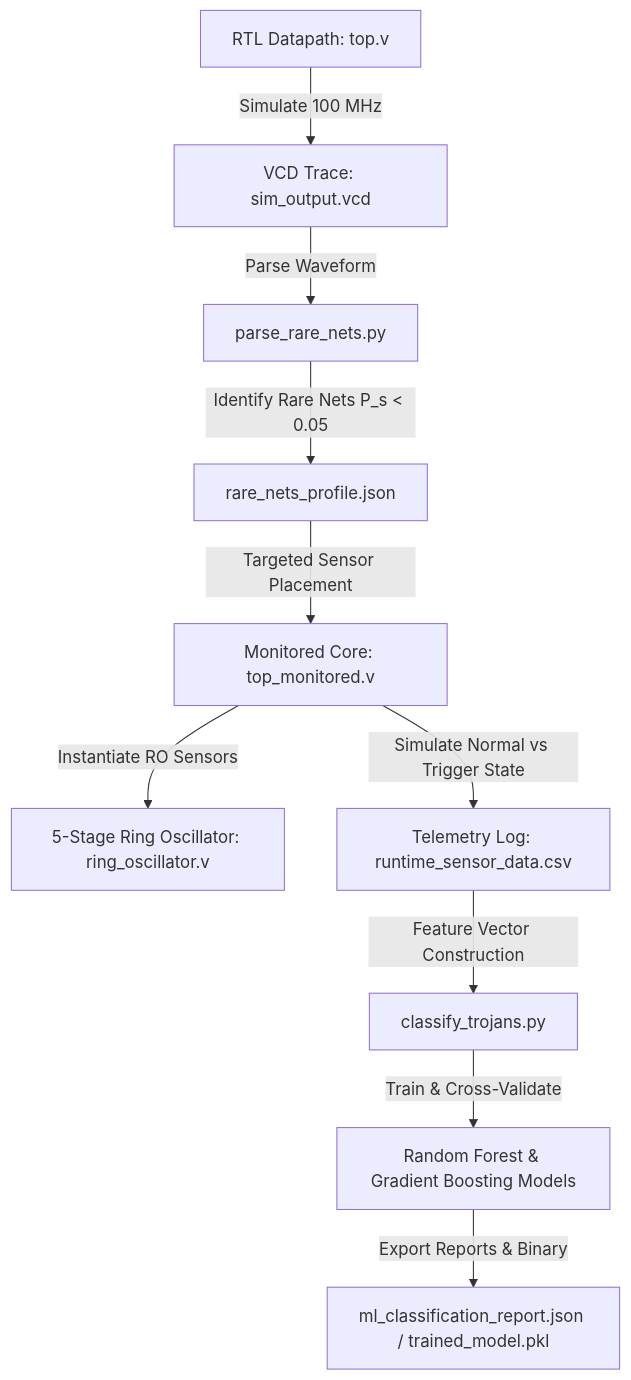
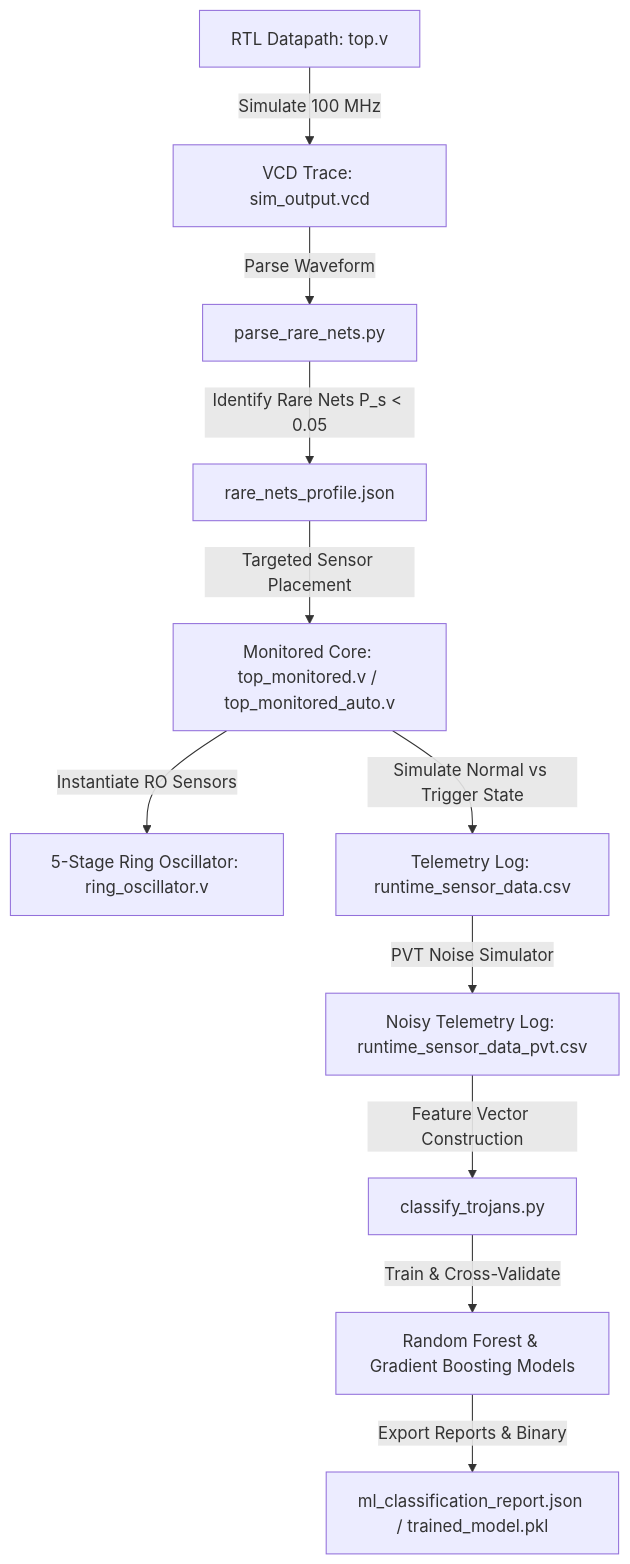
One commit to chandansaipavanpadala/spectra changed the diagram in README.md. Above: the diagram before and after it, drawn with Mermaid. The commit also changed other lines of this file and 21 other files, not shown here.

Commit message:
Add LP-RTM expansion suite: auto-instrumentation, PVT noise, and benchmark suite runner

````diff
--- a/README.md
+++ b/README.md
@@ -48,12 +48,13 @@
 ```mermaid
 graph TD
     A[RTL Datapath: top.v] -->|Simulate 100 MHz| B[VCD Trace: sim_output.vcd]
     B -->|Parse Waveform| C[parse_rare_nets.py]
     C -->|Identify Rare Nets P_s < 0.05| D[rare_nets_profile.json]
-    D -->|Targeted Sensor Placement| E[Monitored Core: top_monitored.v]
+    D -->|Targeted Sensor Placement| E[Monitored Core: top_monitored.v / top_monitored_auto.v]
     E -->|Instantiate RO Sensors| F[5-Stage Ring Oscillator: ring_oscillator.v]
     E -->|Simulate Normal vs Trigger State| G[Telemetry Log: runtime_sensor_data.csv]
-    G -->|Feature Vector Construction| H[classify_trojans.py]
+    G -->|PVT Noise Simulator| G2[Noisy Telemetry Log: runtime_sensor_data_pvt.csv]
+    G2 -->|Feature Vector Construction| H[classify_trojans.py]
     H -->|Train & Cross-Validate| I[Random Forest & Gradient Boosting Models]
     I -->|Export Reports & Binary| J[ml_classification_report.json / trained_model.pkl]
 ```
````
